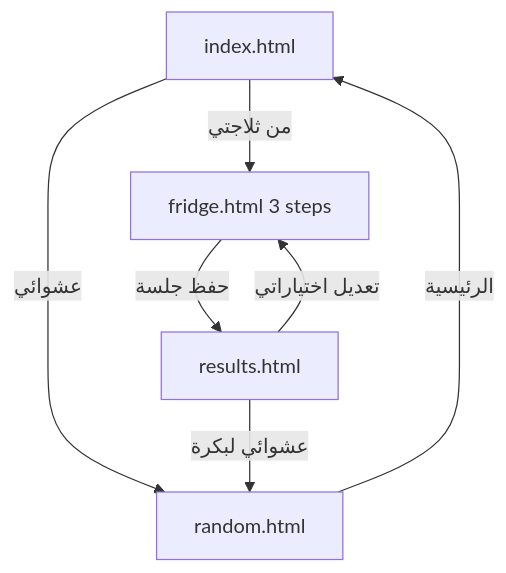
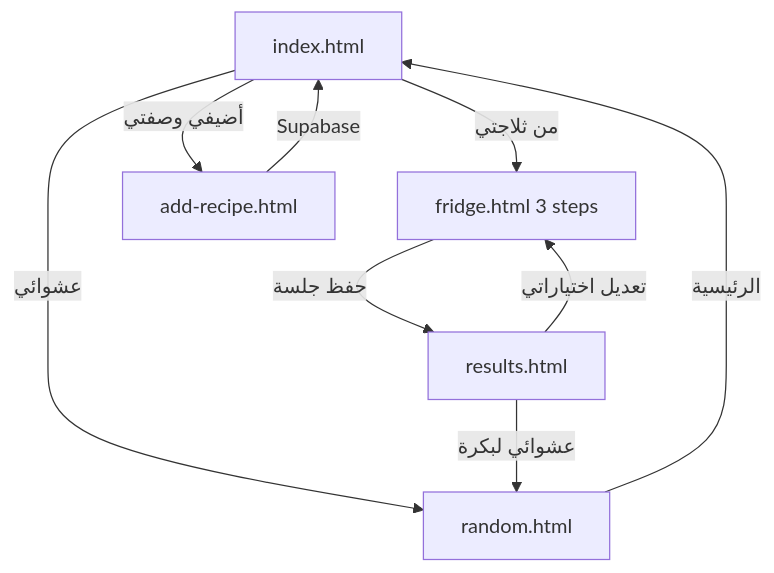
Before and after one commit to Alkabkabi1/thalajati: the diagram in README.md, drawn with Mermaid. The commit also changed other lines of this file and 15 other files, not shown here.

````diff
--- a/README.md
+++ b/README.md
@@ -101,14 +111,17 @@
 ```mermaid
 flowchart TD
   home[index.html]
   fridge[fridge.html 3 steps]
   results[results.html]
   random[random.html]
+  addRecipe[add-recipe.html]
 
   home -->|من ثلاجتي| fridge
   home -->|عشوائي| random
+  home -->|أضيفي وصفتي| addRecipe
   fridge -->|حفظ جلسة| results
   results -->|تعديل اختياراتي| fridge
   results -->|عشوائي لبكرة| random
   random -->|الرئيسية| home
+  addRecipe -->|Supabase| home
 ```
````
